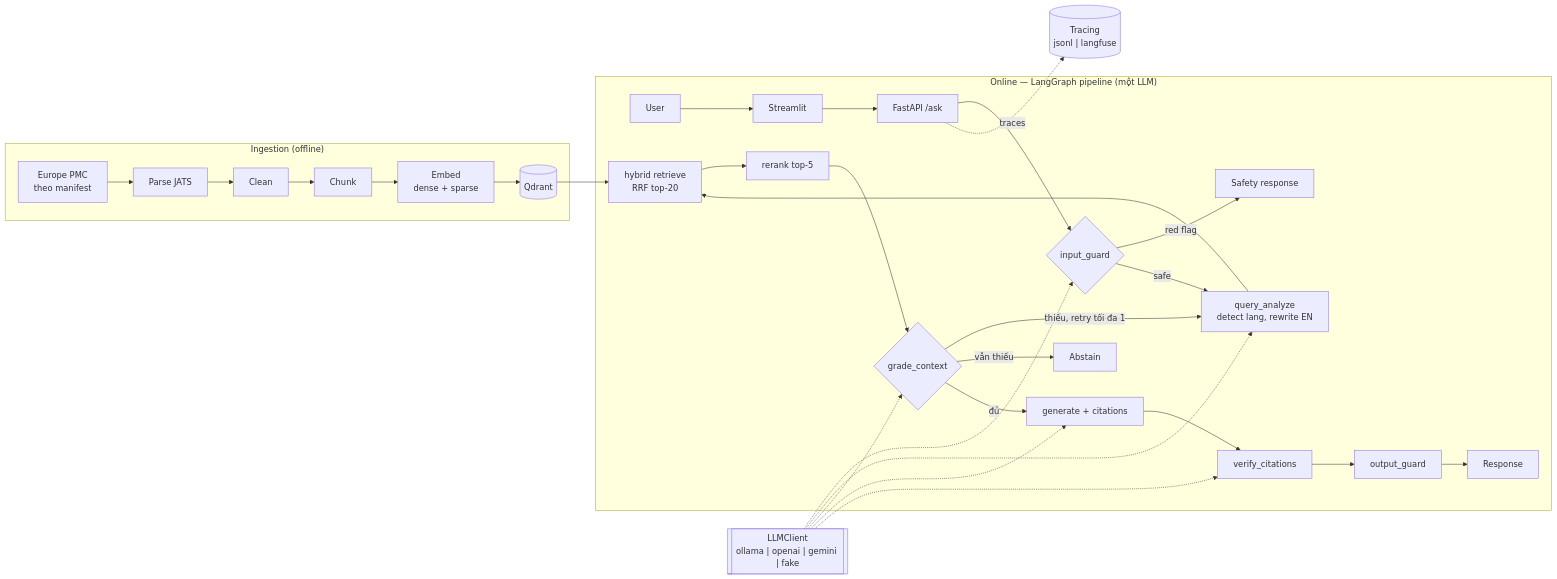
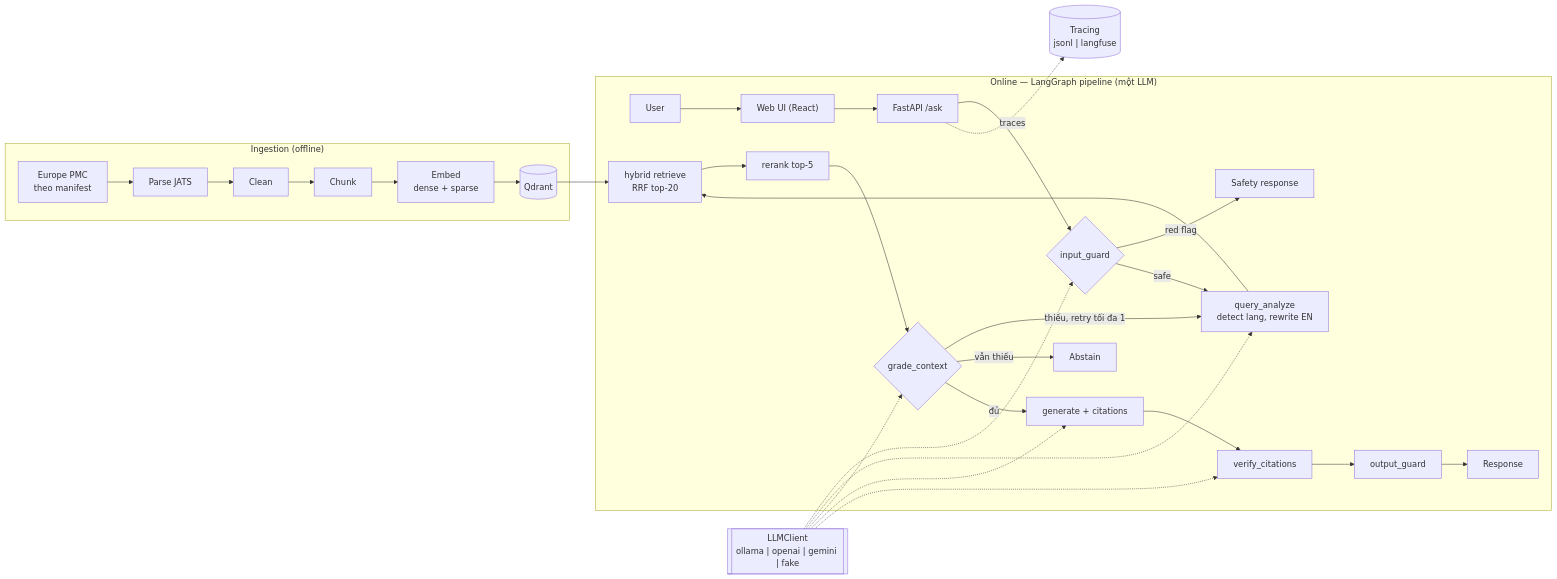
Before and after one commit to duclld1709/AntiBros: the diagram in PROJECT_SPEC.md, drawn with Mermaid. The commit also changed other lines of this file and 4 other files, not shown here.

First line of the commit message:
docs: record the React web UI (ADR-0022) in spec, setup and README

````diff
--- a/PROJECT_SPEC.md
+++ b/PROJECT_SPEC.md
@@ -230,24 +230,24 @@
 ```mermaid
 flowchart LR
   subgraph OFF["Ingestion (offline)"]
     A["Europe PMC<br/>theo manifest"] --> B["Parse JATS"] --> C["Clean"] --> D["Chunk"] --> E["Embed<br/>dense + sparse"] --> QD[("Qdrant")]
   end
 
   subgraph ON["Online — LangGraph pipeline (một LLM)"]
-    U["User"] --> UI["Streamlit"] --> API["FastAPI /ask"]
+    U["User"] --> UI["Web UI (React)"] --> API["FastAPI /ask"]
     API --> IG{"input_guard"}
     IG -- "red flag" --> SR["Safety response"]
     IG -- "safe" --> QA["query_analyze<br/>detect lang, rewrite EN"]
     QA --> R["hybrid retrieve<br/>RRF top-20"]
     R --> RR["rerank top-5"]
     RR --> GC{"grade_context"}
     GC -- "thiếu, retry tối đa 1" --> QA
     GC -- "vẫn thiếu" --> AB["Abstain"]
     GC -- "đủ" --> GEN["generate + citations"]
     GEN --> VC["verify_citations"] --> OG["output_guard"] --> RES["Response"]
   end
 
   QD --> R
   LLM[["LLMClient<br/>ollama | openai | gemini | fake"]] -.-> IG & QA & GC & GEN & VC
   API -. "traces" .-> TR[("Tracing<br/>jsonl | langfuse")]
 ```
````
